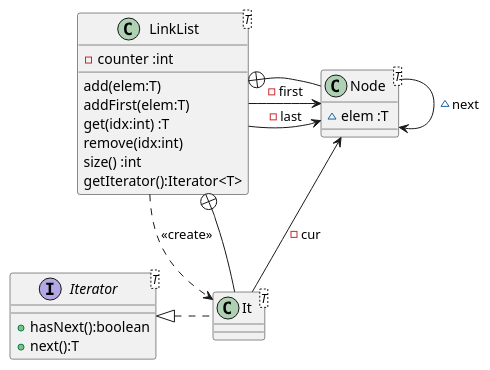
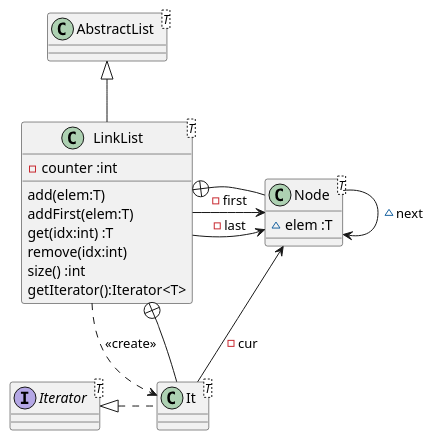
One commit to isel-leic-poo/20-21-1-LI21N changed the diagram in List/out/production/List/isel/poo/list/LinkList.puml. Above: the diagram before and after it, drawn with PlantUML. The commit also changed 3 other files, not shown here.

```diff
--- a/List/out/production/List/isel/poo/list/LinkList.puml
+++ b/List/out/production/List/isel/poo/list/LinkList.puml
@@ -1,40 +1,43 @@
 @startuml
+
+class AbstractList<T>
 
 class LinkList<T> {
   '-first :Node
   -counter :int
   add(elem:T)
   addFirst(elem:T)
   get(idx:int) :T
   remove(idx:int)
   size() :int
   getIterator():Iterator<T>
 }
 LinkList ..> It : <<create>>
+AbstractList <|-- LinkList
 
 interface Iterator<T> {
-   +hasNext():boolean
-   +next():T
+   '+hasNext():boolean
+   '+next():T
 }
 
 class It<T> {
    '+hasNext():boolean
    '+next():int
 }
 
 class Node<T> {
   ~elem :T
   '~next :Node
 }
 
 Node <- It : -cur
 Node -> Node : ~next
 'LinkList ..> IntIterator
 LinkList +- Node : "  "
 LinkList -> Node : -first
 LinkList -> Node : -last
 LinkList +-- It
 
 Iterator <|. It : "      "
 
 @enduml
```
